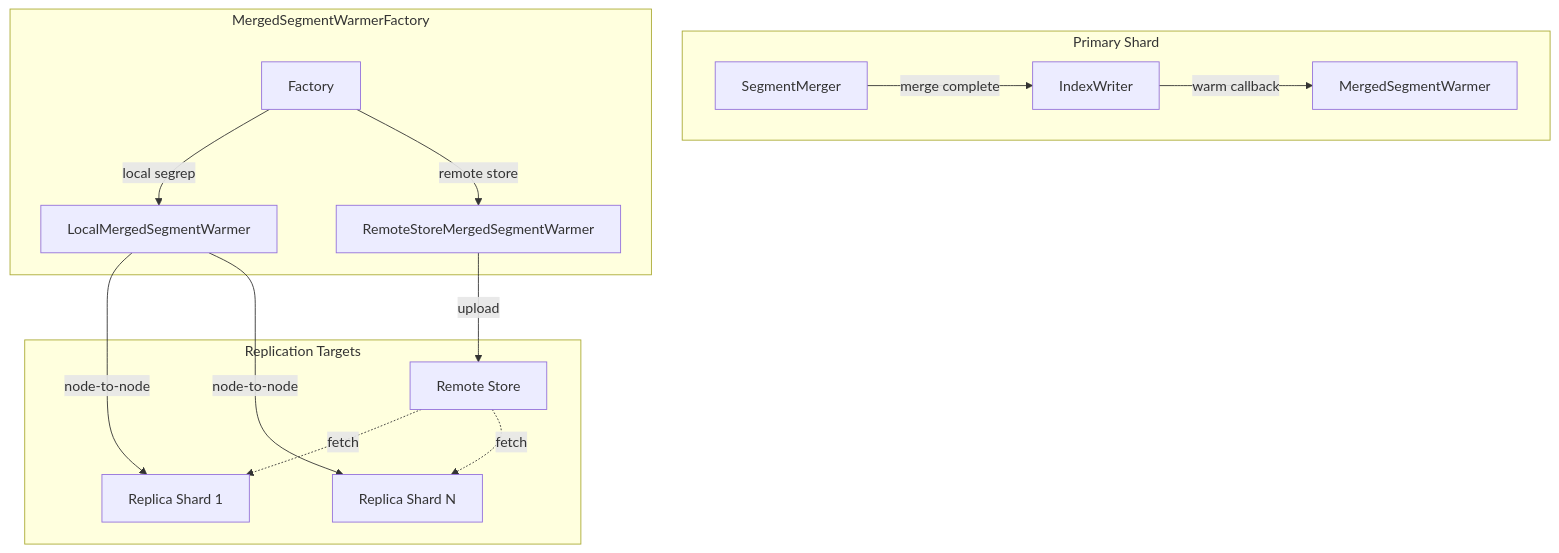
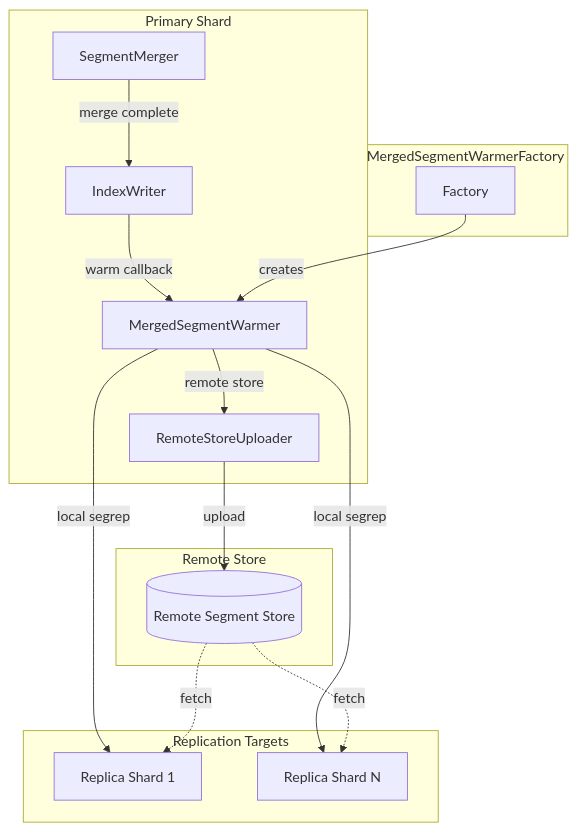
Before and after one commit to tkykenmt/opensearch-feature-explorer: the first of 2 diagrams in docs/features/opensearch/segment-warmer.md, drawn with Mermaid. The commit also changed other lines of this file and 2 other files, not shown here.

Commit message:
docs: add remote store segment warming report for v3.2.0 (#1211)

````diff
--- a/docs/features/opensearch/segment-warmer.md
+++ b/docs/features/opensearch/segment-warmer.md
@@ -11,30 +11,32 @@
 ```mermaid
 graph TB
     subgraph "Primary Shard"
         IW[IndexWriter]
         SM[SegmentMerger]
         MSW[MergedSegmentWarmer]
+        UP[RemoteStoreUploader]
     end
     
     subgraph "MergedSegmentWarmerFactory"
         MF[Factory]
-        LSW[LocalMergedSegmentWarmer]
-        RSW[RemoteStoreMergedSegmentWarmer]
+    end
+    
+    subgraph "Remote Store"
+        RS[(Remote Segment Store)]
     end
     
     subgraph "Replication Targets"
         R1[Replica Shard 1]
         R2[Replica Shard N]
-        RS[Remote Store]
     end
     
     SM -->|merge complete| IW
     IW -->|warm callback| MSW
-    MF -->|local segrep| LSW
-    MF -->|remote store| RSW
-    LSW -->|node-to-node| R1
-    LSW -->|node-to-node| R2
-    RSW -->|upload| RS
+    MF -->|creates| MSW
+    MSW -->|local segrep| R1
+    MSW -->|local segrep| R2
+    MSW -->|remote store| UP
+    UP -->|upload| RS
     RS -.->|fetch| R1
     RS -.->|fetch| R2
 ```
````
